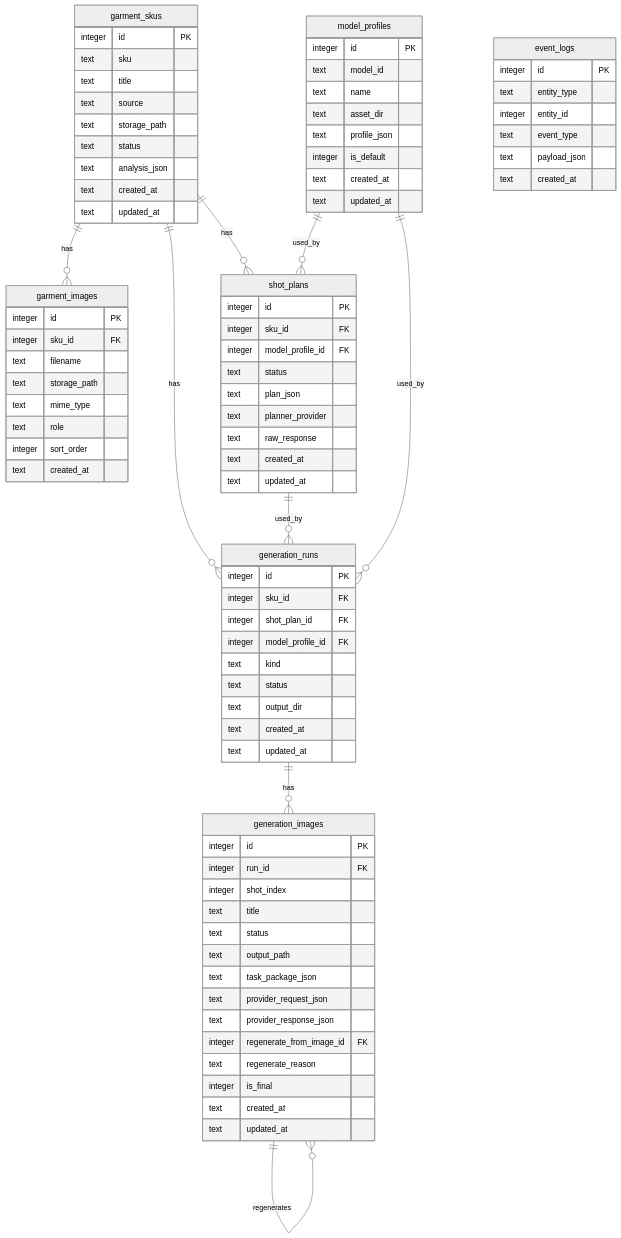
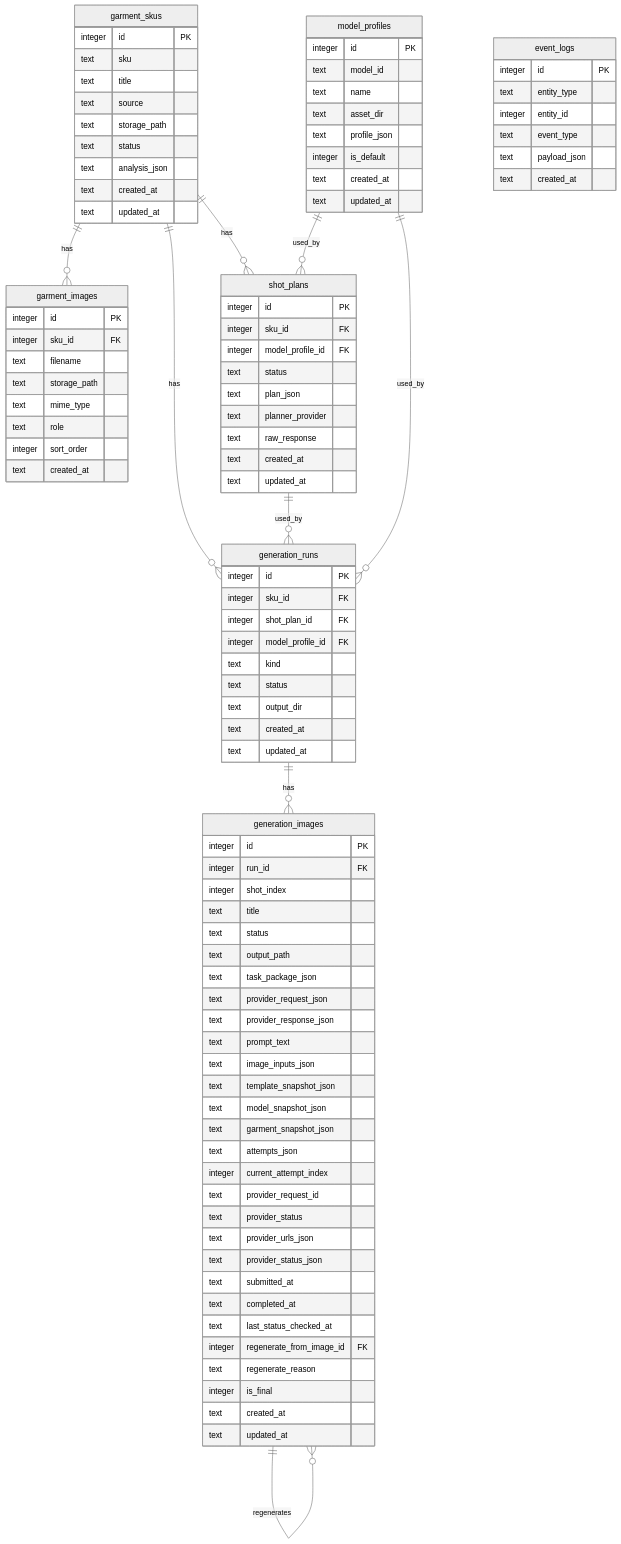
Before and after one commit to happyvchen/ruyi-dream: the diagram in backend/database_schema.md, drawn with Mermaid (neutral theme). The commit also changed other lines of this file and 32 other files, not shown here.

```diff
--- a/backend/database_schema.md
+++ b/backend/database_schema.md
@@ -330,6 +414,20 @@
     text task_package_json
     text provider_request_json
     text provider_response_json
+    text prompt_text
+    text image_inputs_json
+    text template_snapshot_json
+    text model_snapshot_json
+    text garment_snapshot_json
+    text attempts_json
+    integer current_attempt_index
+    text provider_request_id
+    text provider_status
+    text provider_urls_json
+    text provider_status_json
+    text submitted_at
+    text completed_at
+    text last_status_checked_at
     integer regenerate_from_image_id FK
     text regenerate_reason
     integer is_final
```
